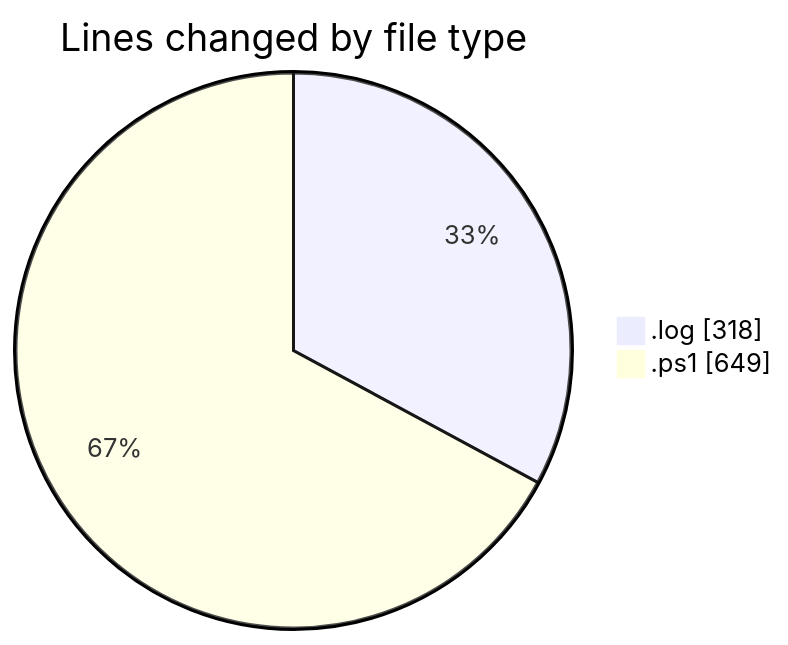
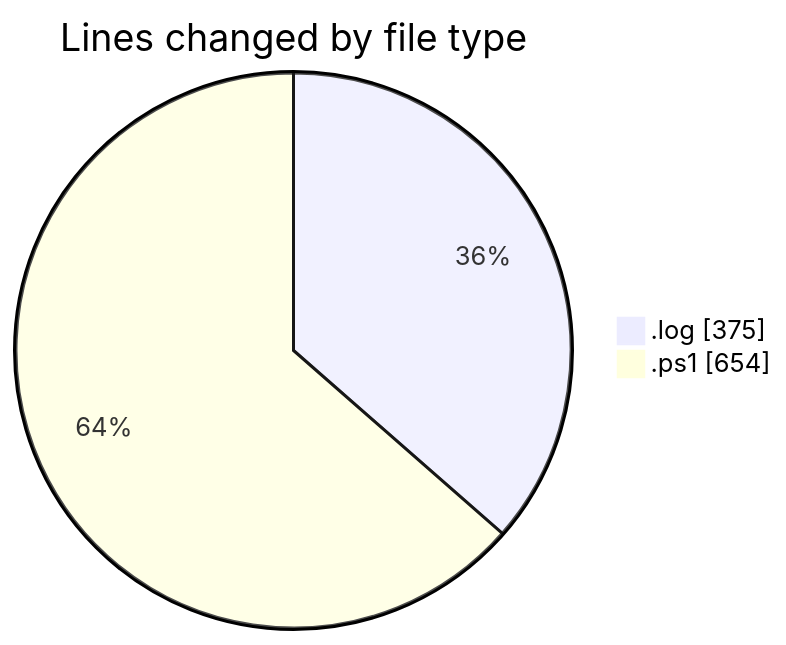
Before and after one commit to shibass792/code-tracking: the first of 2 diagrams in 2026-07-08/twenty_versions_aminor/README.md, drawn with Mermaid. The commit also changed other lines of this file and 1 other file, not shown here.

````diff
--- a/2026-07-08/twenty_versions_aminor/README.md
+++ b/2026-07-08/twenty_versions_aminor/README.md
@@ -21,6 +21,6 @@
 ```mermaid
 pie showData
 title Lines changed by file type
-".log" : 318
-".ps1" : 649
+".log" : 375
+".ps1" : 654
 ```
````
